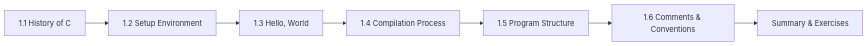
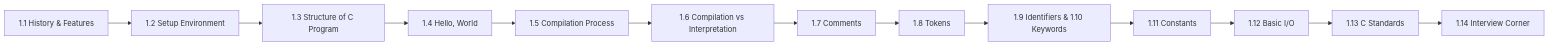
The diagram in docs/courses/c-programming/01-introduction.md (Raushan666java/ai-engineering-journey), drawn with Mermaid before and after one commit. The commit also changed other lines of this file and 23 other files, not shown here.

````diff
--- a/docs/courses/c-programming/01-introduction.md
+++ b/docs/courses/c-programming/01-introduction.md
@@ -24,9 +35,15 @@
 ```mermaid
 flowchart LR
-    A["1.1 History of C"] --> B["1.2 Setup Environment"]
-    B --> C["1.3 Hello, World"]
-    C --> D["1.4 Compilation Process"]
-    D --> E["1.5 Program Structure"]
-    E --> F["1.6 Comments & Conventions"]
-    F --> G["Summary & Exercises"]
+    A["1.1 History & Features"] --> B["1.2 Setup Environment"]
+    B --> C["1.3 Structure of C Program"]
+    C --> D["1.4 Hello, World"]
+    D --> E["1.5 Compilation Process"]
+    E --> F["1.6 Compilation vs Interpretation"]
+    F --> G["1.7 Comments"]
+    G --> H["1.8 Tokens"]
+    H --> I["1.9 Identifiers & 1.10 Keywords"]
+    I --> J["1.11 Constants"]
+    J --> K["1.12 Basic I/O"]
+    K --> L["1.13 C Standards"]
+    L --> M["1.14 Interview Corner"]
 ```
````
